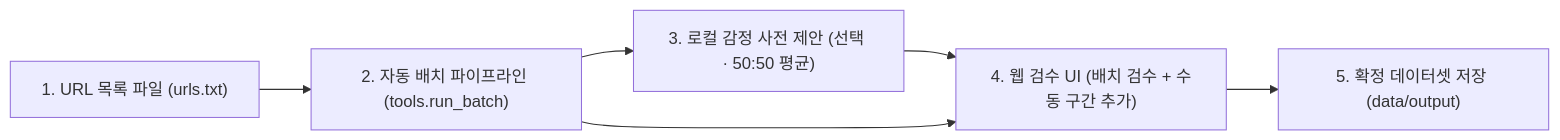
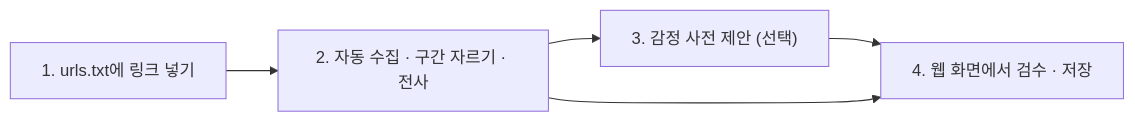
One commit to mikeyoo0405/SKKU_Project changed the diagram in GUIDE.md. Above: the diagram before and after it, drawn with Mermaid. The commit also changed other lines of this file, not shown here.

````diff
--- a/GUIDE.md
+++ b/GUIDE.md
@@ -14,8 +7,7 @@
 ```mermaid
 flowchart LR
-    A["1. URL 목록 파일 (urls.txt)"] --> B["2. 자동 배치 파이프라인 (tools.run_batch)"]
-    B --> C["3. 로컬 감정 사전 제안 (선택 · 50:50 평균)"]
-    C --> D["4. 웹 검수 UI (배치 검수 + 수동 구간 추가)"]
+    A["1. urls.txt에 링크 넣기"] --> B["2. 자동 수집 · 구간 자르기 · 전사"]
+    B --> C["3. 감정 사전 제안 (선택)"]
+    C --> D["4. 웹 화면에서 검수 · 저장"]
     B --> D
-    D --> E["5. 확정 데이터셋 저장 (data/output)"]
 ```
````
